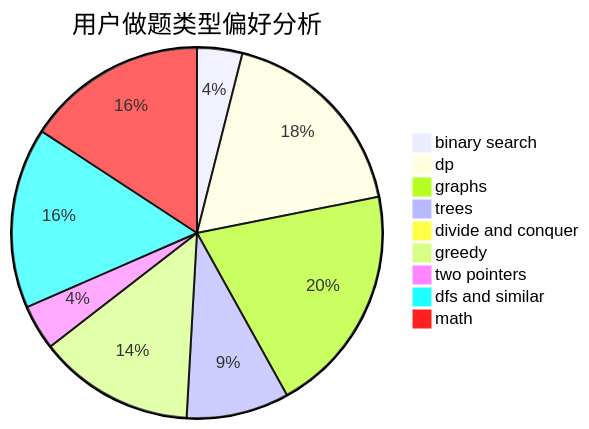
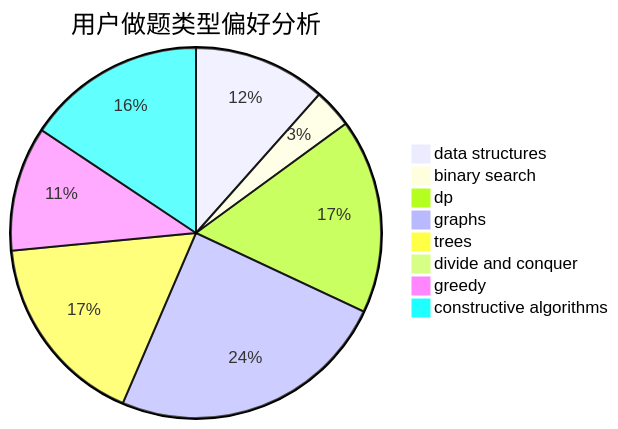
Before and after one commit to sherpahu/cfrs.github.io: the second of 3 diagrams in docs/user/u1635.md, drawn with Mermaid. The commit also changed other lines of this file and 2775 other files, not shown here.

````diff
--- a/docs/user/u1635.md
+++ b/docs/user/u1635.md
@@ -23,12 +23,11 @@
 ```mermaid
 pie title 用户做题类型偏好分析
-    "binary search" :  11
-    "dp" :  50
-    "graphs" :  56
+    "data structures" :  17
+    "binary search" :  5
+    "dp" :  25
+    "graphs" :  36
     "trees" :  25
-    "divide and conquer" :  1
-    "greedy" :  38
-    "two pointers" :  11
-    "dfs and similar" :  44
-    "math" :  44
+    "divide and conquer" :  0
+    "greedy" :  16
+    "constructive algorithms" :  23
 ```
````
